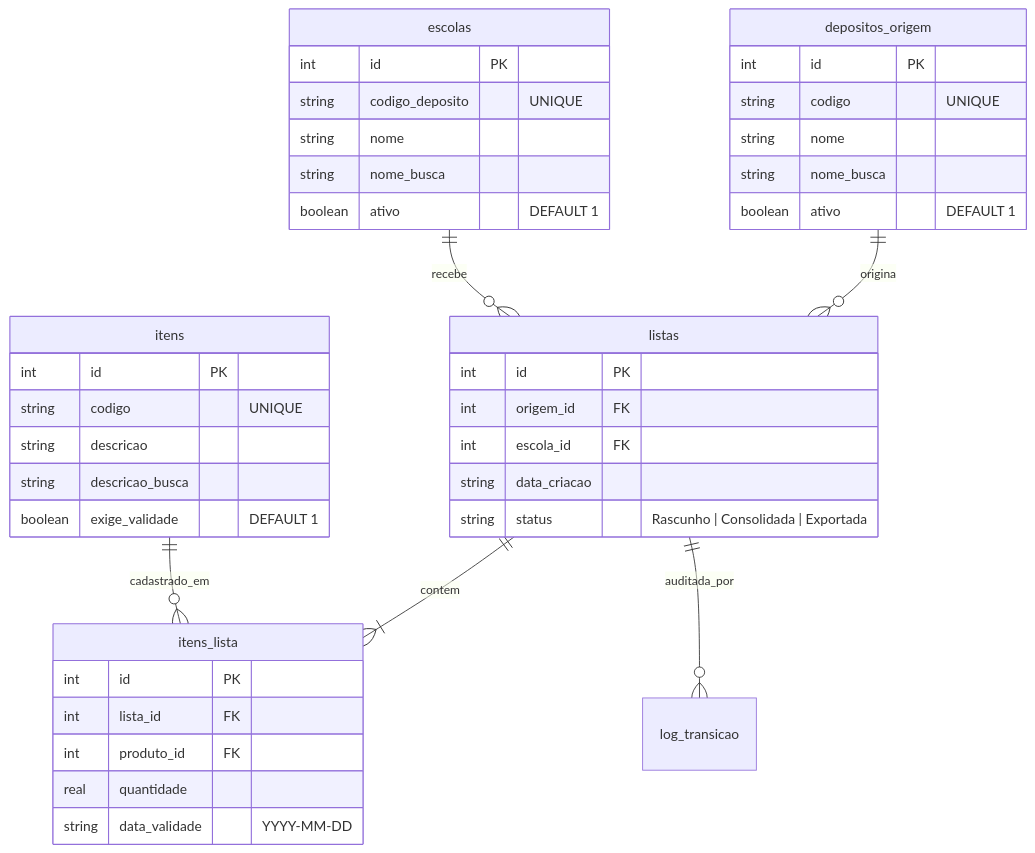
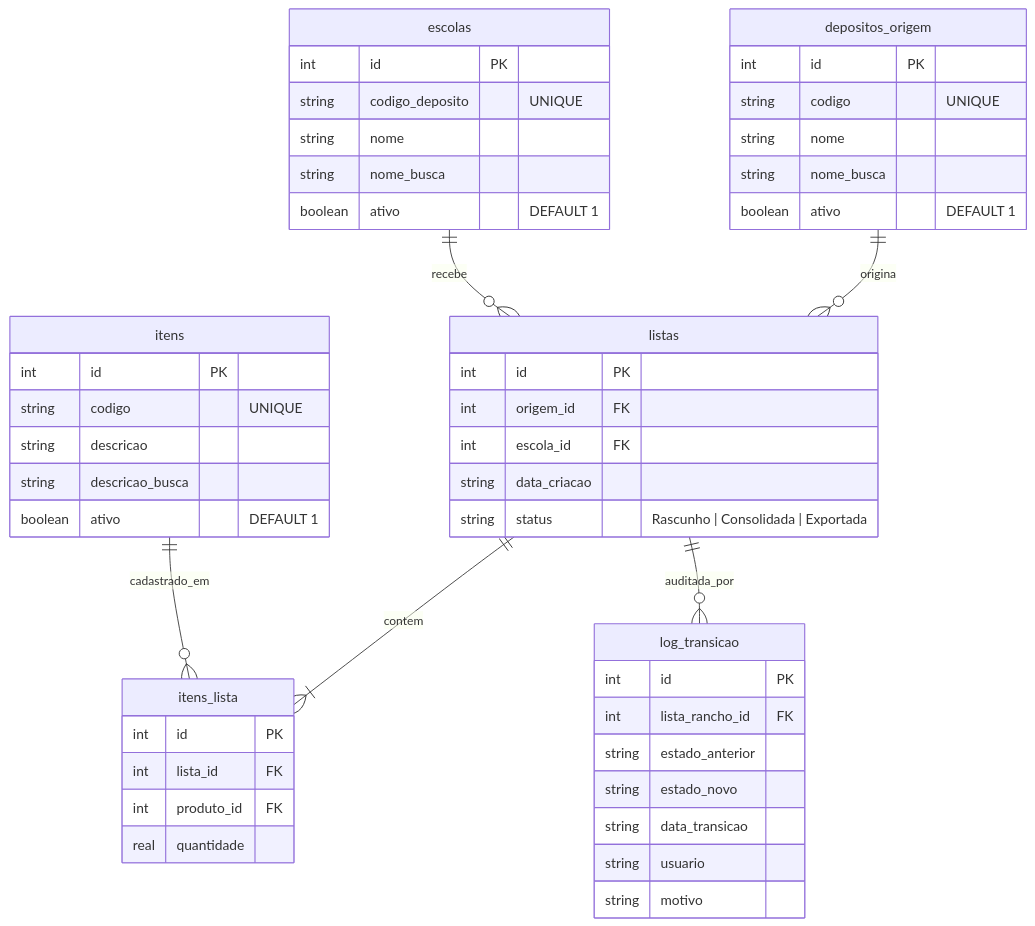
One commit to VitorRosaDev/TransferTool changed the second of 2 diagrams in README.md. Above: the diagram before and after it, drawn with Mermaid. The commit also changed other lines of this file and 25 other files, not shown here.

````diff
--- a/README.md
+++ b/README.md
@@ -66,48 +64,57 @@
 ```mermaid
 erDiagram
     depositos_origem ||--o{ listas : "origina"
     escolas ||--o{ listas : "recebe"
     listas ||--|{ itens_lista : "contem"
     itens ||--o{ itens_lista : "cadastrado_em"
     listas ||--o{ log_transicao : "auditada_por"
 
     depositos_origem {
         int id PK
         string codigo "UNIQUE"
         string nome
         string nome_busca
         boolean ativo "DEFAULT 1"
     }
 
     escolas {
         int id PK
         string codigo_deposito "UNIQUE"
         string nome
         string nome_busca
         boolean ativo "DEFAULT 1"
     }
 
     itens {
         int id PK
         string codigo "UNIQUE"
         string descricao
         string descricao_busca
-        boolean exige_validade "DEFAULT 1"
+        boolean ativo "DEFAULT 1"
     }
 
     listas {
         int id PK
         int origem_id FK
         int escola_id FK
         string data_criacao
         string status "Rascunho | Consolidada | Exportada"
     }
 
     itens_lista {
         int id PK
         int lista_id FK
         int produto_id FK
         real quantidade
-        string data_validade "YYYY-MM-DD"
+    }
+
+    log_transicao {
+        int id PK
+        int lista_rancho_id FK
+        string estado_anterior
+        string estado_novo
+        string data_transicao
+        string usuario
+        string motivo
     }
 ```
````
